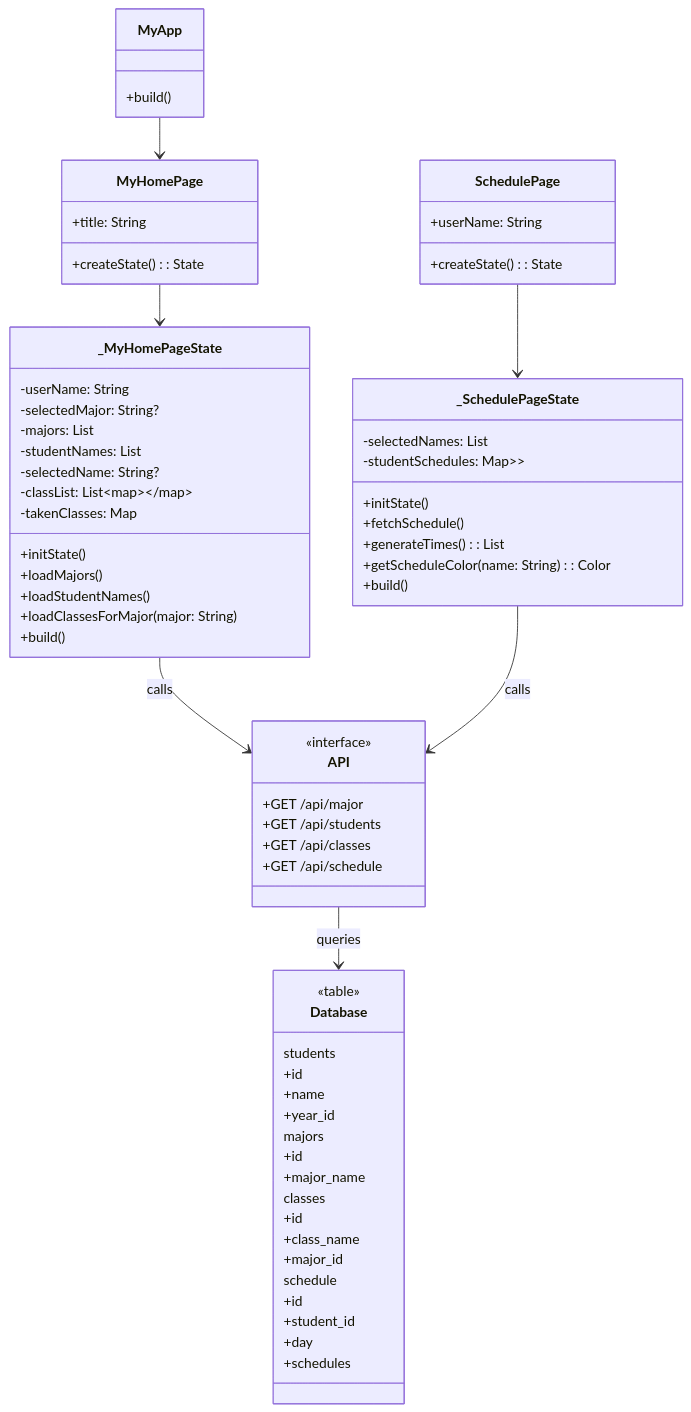
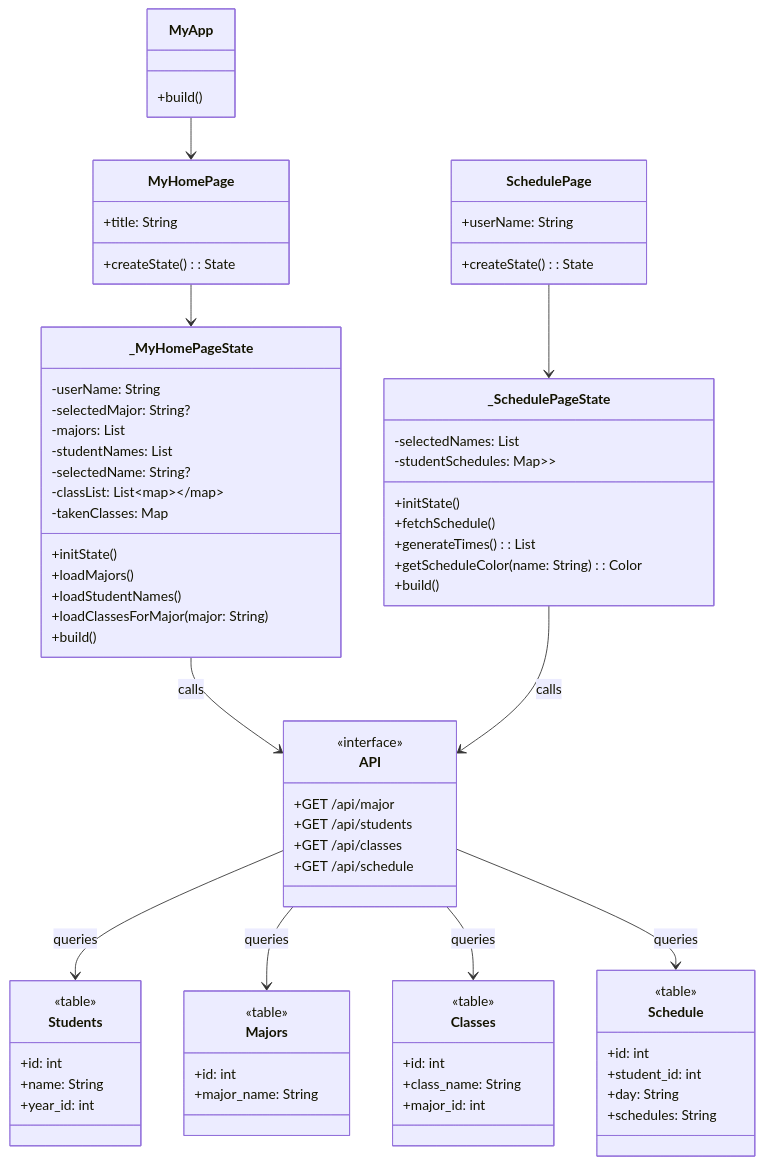
The diagram in README1.md (Isahepi/SchedulingClasses), drawn with Mermaid before and after one commit.

Commit message:
Update README1.md
8th

````diff
--- a/README1.md
+++ b/README1.md
@@ -59,36 +59,45 @@
         +GET /api/schedule
     }
 
-    class Database {
+   %% Database Tables
+    class Students {
         <<table>>
-        students
-        +id
-        +name
-        +year_id
-
-        majors
-        +id
-        +major_name
-
-        classes
-        +id
-        +class_name
-        +major_id
-
-        schedule
-        +id
-        +student_id
-        +day
-        +schedules
+        +id: int
+        +name: String
+        +year_id: int
     }
 
+    class Majors {
+        <<table>>
+        +id: int
+        +major_name: String
+    }
+
+    class Classes {
+        <<table>>
+        +id: int
+        +class_name: String
+        +major_id: int
+    }
+
+    class Schedule {
+        <<table>>
+        +id: int
+        +student_id: int
+        +day: String
+        +schedules: String
+    }
+
+    %% App Relationships
     MyApp --> MyHomePage
     MyHomePage --> _MyHomePageState
     SchedulePage --> _SchedulePageState
 
     _MyHomePageState --> API : calls
     _SchedulePageState --> API : calls
-
-    API --> Database : queries
+    API --> Students : queries
+    API --> Majors : queries
+    API --> Classes : queries
+    API --> Schedule : queries
 
 ```
````
